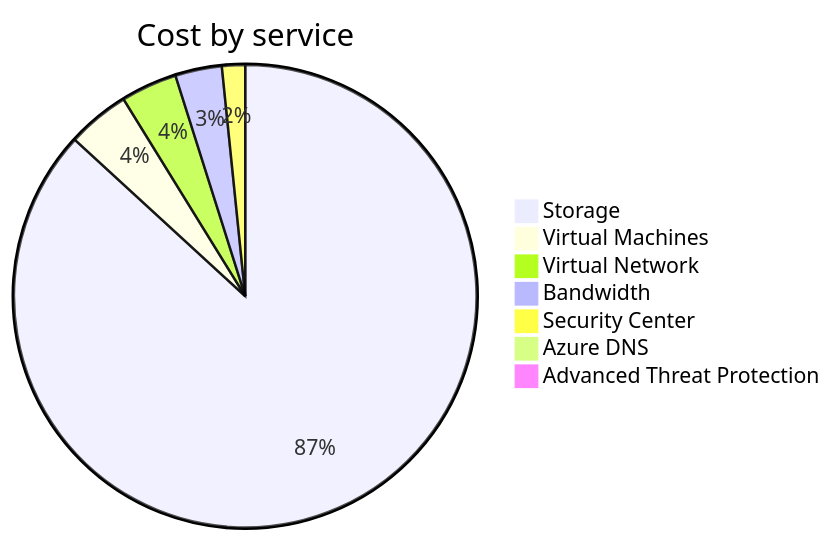
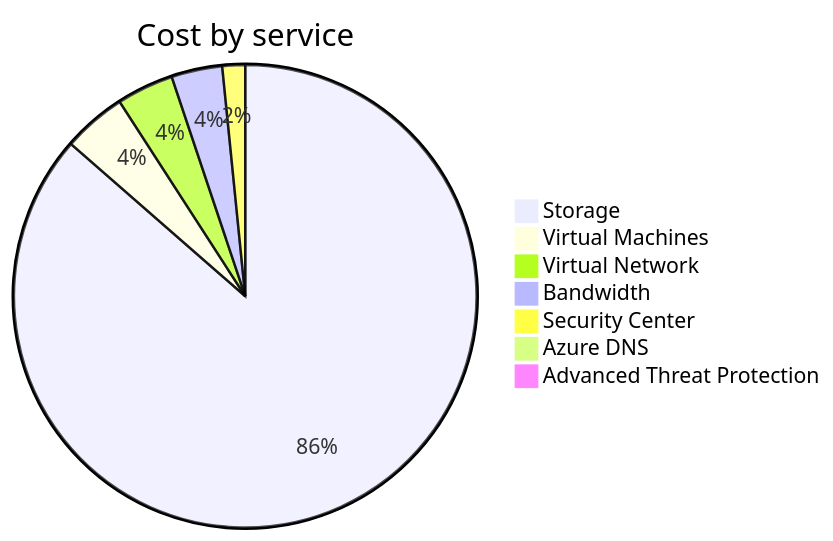
The second of 4 diagrams in cost-reports/personal-network/README.md (jpfulton/azure-personal-reports), drawn with Mermaid before and after one commit. The commit also changed other lines of this file and 9 other files, not shown here.

````diff
--- a/cost-reports/personal-network/README.md
+++ b/cost-reports/personal-network/README.md
@@ -99,11 +99,11 @@
 ```mermaid
 pie
    title Cost by service
-   "Storage" : 198.42
-   "Virtual Machines" : 9.98
-   "Virtual Network" : 8.99
-   "Bandwidth" : 7.44
+   "Storage" : 200.84
+   "Virtual Machines" : 10.33
+   "Virtual Network" : 9.25
+   "Bandwidth" : 8.26
    "Security Center" : 3.70
-   "Azure DNS" : 0.43
+   "Azure DNS" : 0.45
    "Advanced Threat Protection" : 0.00
 ```
````
